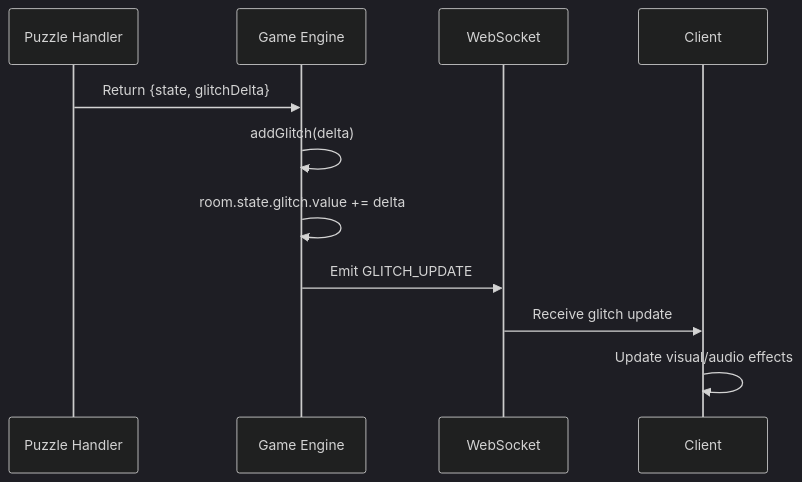
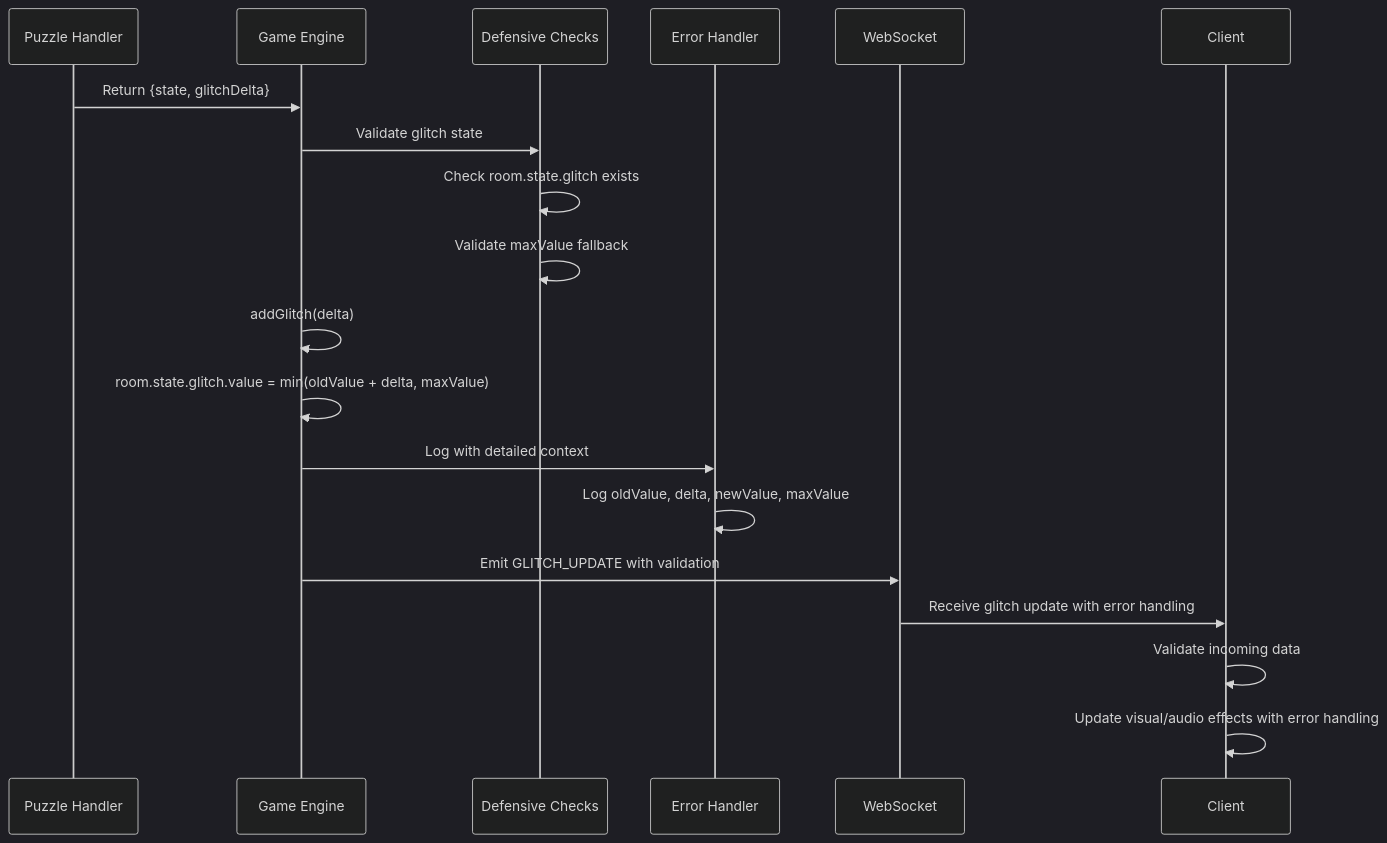
Before and after one commit to dkoukoul/escape-room-mvp: the third of 10 diagrams in .qoder/repowiki/en/content/Game Mechanics/Glitch Meter System.md, drawn with Mermaid (dark theme). The commit also changed other lines of this file and 21 other files, not shown here.

````diff
--- a/.qoder/repowiki/en/content/Game Mechanics/Glitch Meter System.md
+++ b/.qoder/repowiki/en/content/Game Mechanics/Glitch Meter System.md
@@ -118,13 +149,21 @@
 ```mermaid
 sequenceDiagram
 participant PH as Puzzle Handler
 participant GE as Game Engine
+participant DEF as Defensive Checks
+participant ERR as Error Handler
 participant WS as WebSocket
 participant CL as Client
 PH->>GE : Return {state, glitchDelta}
+GE->>DEF : Validate glitch state
+DEF->>DEF : Check room.state.glitch exists
+DEF->>DEF : Validate maxValue fallback
 GE->>GE : addGlitch(delta)
-GE->>GE : room.state.glitch.value += delta
-GE->>WS : Emit GLITCH_UPDATE
-WS->>CL : Receive glitch update
-CL->>CL : Update visual/audio effects
+GE->>GE : room.state.glitch.value = min(oldValue + delta, maxValue)
+GE->>ERR : Log with detailed context
+ERR->>ERR : Log oldValue, delta, newValue, maxValue
+GE->>WS : Emit GLITCH_UPDATE with validation
+WS->>CL : Receive glitch update with error handling
+CL->>CL : Validate incoming data
+CL->>CL : Update visual/audio effects with error handling
 ```
````
